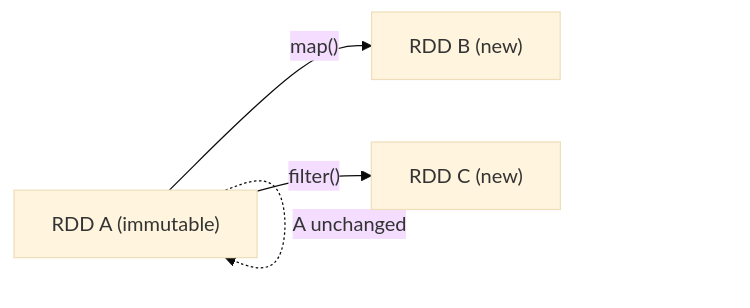
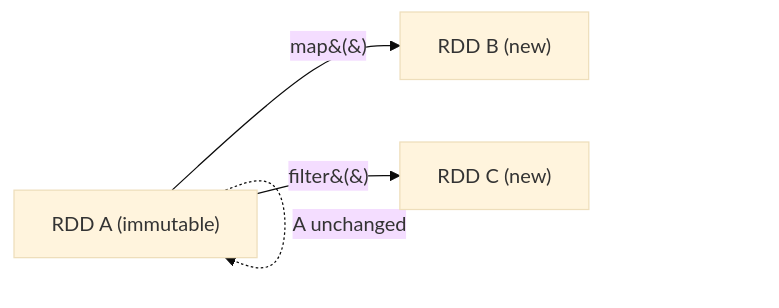
One commit to hsoni92/ml-workbook changed the second of 4 diagrams in bits-pilani/trimester-3/notes/big-data-platforms-and-analytics/week-05/09-module-summary-transcript.md. Above: the diagram before and after it, drawn with Mermaid (base theme). The commit also changed 59 other files, not shown here.

````diff
--- a/bits-pilani/trimester-3/notes/big-data-platforms-and-analytics/week-05/09-module-summary-transcript.md
+++ b/bits-pilani/trimester-3/notes/big-data-platforms-and-analytics/week-05/09-module-summary-transcript.md
@@ -45,6 +45,6 @@
 ```mermaid
 flowchart LR
-    A["RDD A (immutable)"] -->|"map()"| B["RDD B (new)"]
-    A -->|"filter()"| C["RDD C (new)"]
-    A -.->|"A unchanged"| A
+    A["RDD A (immutable)"] -->|map&#40;&#41;| B["RDD B (new)"]
+    A -->|filter&#40;&#41;| C["RDD C (new)"]
+    A -.->|A unchanged| A
 ```
````
